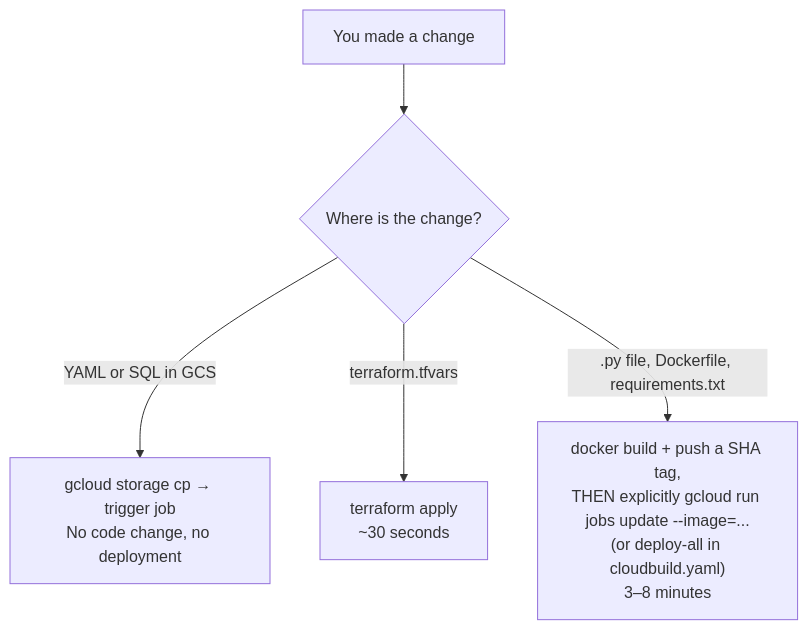
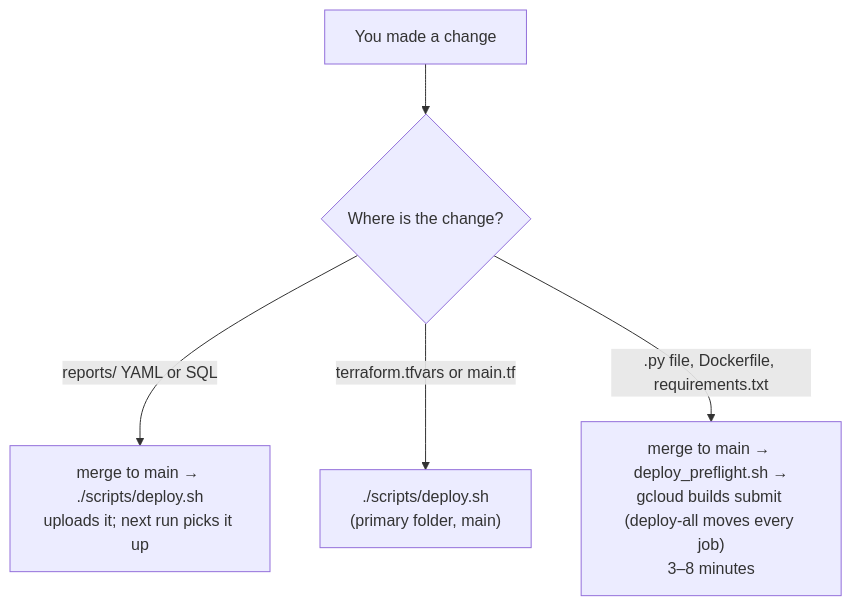
The fifth of 5 diagrams in docs/FRONTEND_GUIDE.md (Parasol-Group-Inc/plex-to-big-query), drawn with Mermaid before and after one commit. The commit also changed other lines of this file and 39 other files, not shown here.

First line of the commit message:
docs: every engineering guide reviewed for the new workflow; no more prod-path copies; tfvars example fixed

````diff
--- a/docs/FRONTEND_GUIDE.md
+++ b/docs/FRONTEND_GUIDE.md
@@ -312,7 +318,7 @@
 ```mermaid
 flowchart TD
     change[You made a change] --> q1{Where is the change?}
-    q1 -->|YAML or SQL in GCS| gcs["gcloud storage cp → trigger job\nNo code change, no deployment"]
-    q1 -->|terraform.tfvars| apply["terraform apply\n~30 seconds"]
-    q1 -->|.py file, Dockerfile, requirements.txt| rebuild["docker build + push a SHA tag,\nTHEN explicitly gcloud run jobs update --image=...\n(or deploy-all in cloudbuild.yaml)\n3–8 minutes"]
+    q1 -->|reports/ YAML or SQL| gcs["merge to main → ./scripts/deploy.sh\nuploads it; next run picks it up"]
+    q1 -->|terraform.tfvars or main.tf| apply["./scripts/deploy.sh\n(primary folder, main)"]
+    q1 -->|.py file, Dockerfile, requirements.txt| rebuild["merge to main → deploy_preflight.sh →\ngcloud builds submit (deploy-all moves every job)\n3–8 minutes"]
 ```
````
